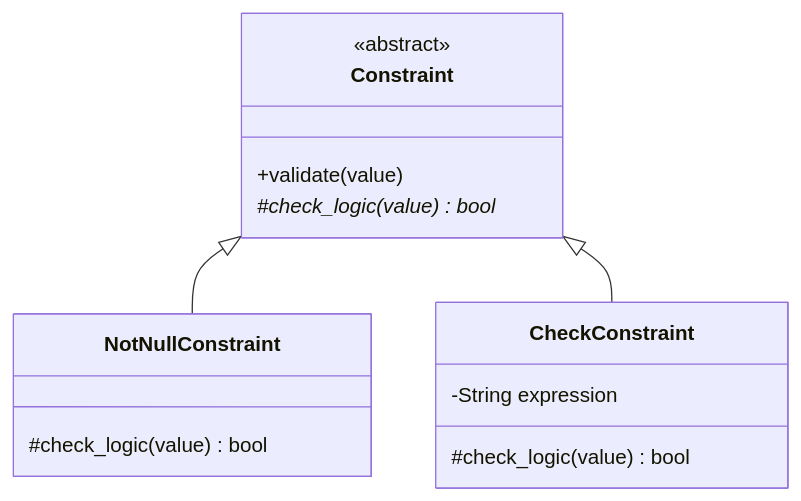
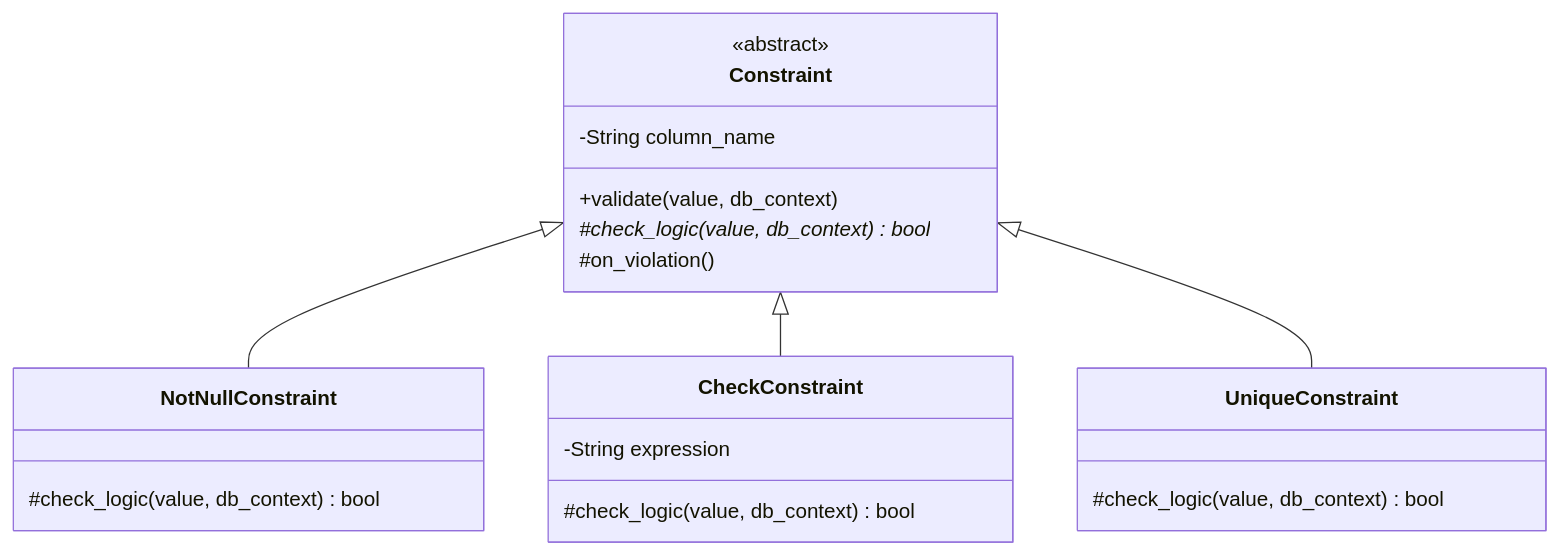
Before and after one commit to TamBui1706/DBMS: the fourth of 21 diagrams in README.md, drawn with Mermaid. The commit also changed other lines of this file, not shown here.

````diff
--- a/README.md
+++ b/README.md
@@ -296,20 +353,27 @@
 ```mermaid
 classDiagram
     class Constraint {
         <<abstract>>
-        +validate(value)
-        #check_logic(value)* bool
+        -String column_name
+        +validate(value, db_context)
+        #check_logic(value, db_context)* bool
+        #on_violation()
     }
     
     class NotNullConstraint {
-        #check_logic(value) bool
+        #check_logic(value, db_context) bool
     }
     
     class CheckConstraint {
         -String expression
-        #check_logic(value) bool
+        #check_logic(value, db_context) bool
+    }
+    
+    class UniqueConstraint {
+        #check_logic(value, db_context) bool
     }
 
     Constraint <|-- NotNullConstraint
     Constraint <|-- CheckConstraint
+    Constraint <|-- UniqueConstraint
 ```
````
